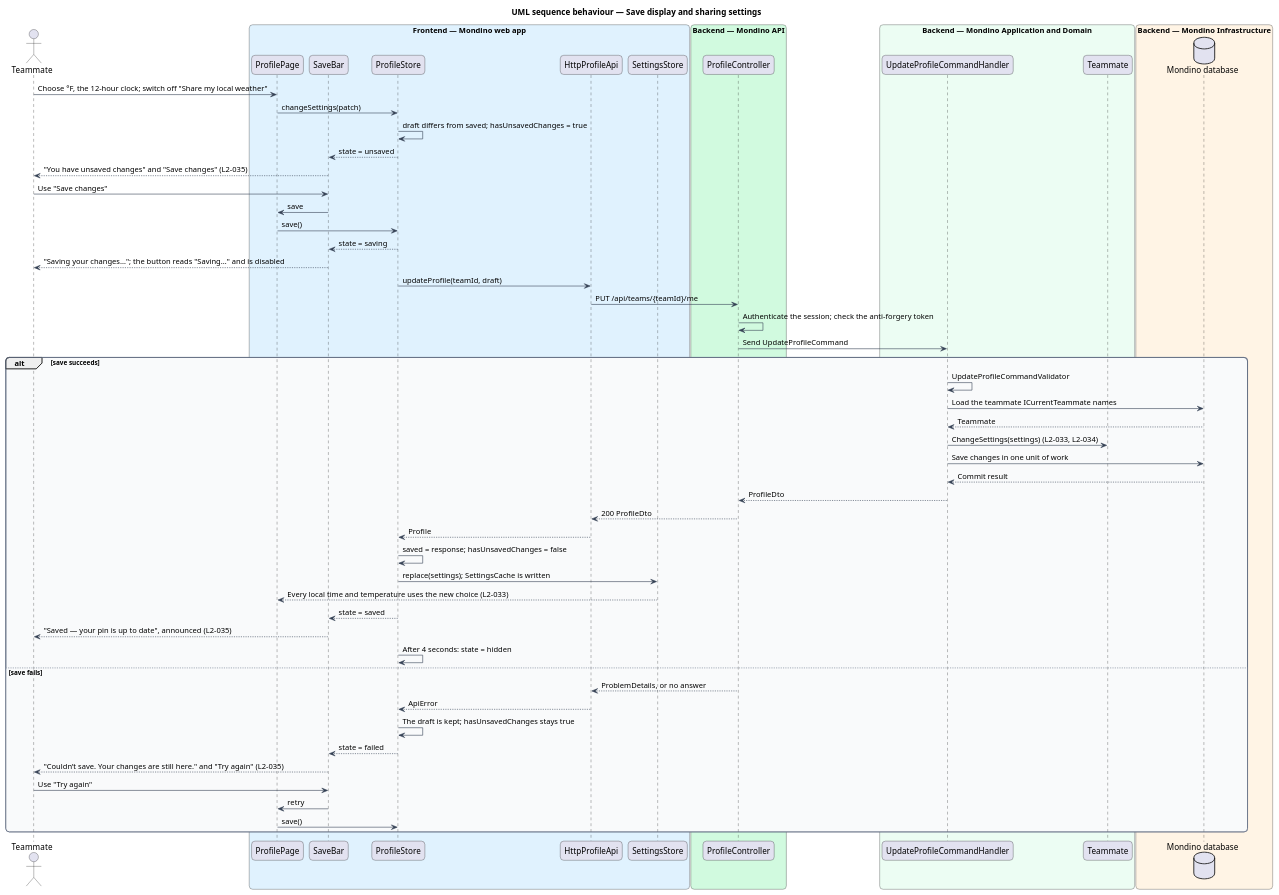
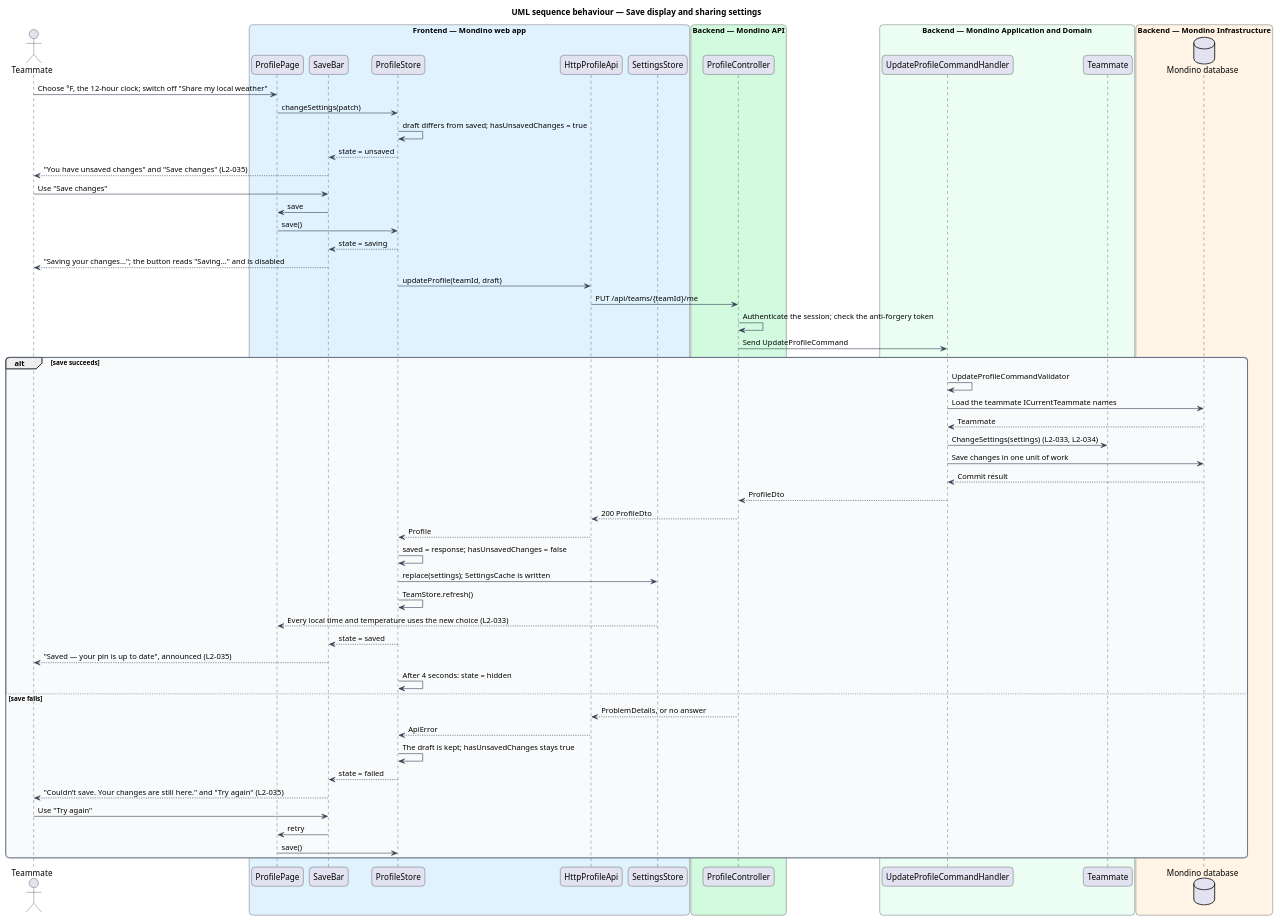
Before and after one commit to QuinntyneBrown/Mondino: the diagram in docs/detailed-designs/profile/choose-display-and-sharing/diagrams/sequence-save-settings.puml, drawn with PlantUML. The commit also changed 12 other files, not shown here.

First line of the commit message:
Close the gaps a reader of the daily-use flow found: eighth pass

```diff
--- a/docs/detailed-designs/profile/choose-display-and-sharing/diagrams/sequence-save-settings.puml
+++ b/docs/detailed-designs/profile/choose-display-and-sharing/diagrams/sequence-save-settings.puml
@@ -1,75 +1,76 @@
 @startuml
 title UML sequence behaviour — Save display and sharing settings
 skinparam backgroundColor #FFFFFF
 skinparam shadowing false
 skinparam roundcorner 12
 skinparam defaultFontName Arial
 skinparam ArrowColor #344054
 skinparam rectangle {
   BorderColor #344054
   FontColor #101828
 }
 skinparam package {
   BorderColor #667085
   FontColor #101828
   BackgroundColor #F9FAFB
 }
 actor "Teammate" as actor
 box "Frontend — Mondino web app" #E0F2FE
   participant "ProfilePage" as page
   participant "SaveBar" as bar
   participant "ProfileStore" as store
   participant "HttpProfileApi" as client
   participant "SettingsStore" as settings
 end box
 box "Backend — Mondino API" #D1FADF
   participant "ProfileController" as controller
 end box
 box "Backend — Mondino Application and Domain" #ECFDF3
   participant "UpdateProfileCommandHandler" as handler
   participant "Teammate" as entity
 end box
 box "Backend — Mondino Infrastructure" #FFF4E5
   database "Mondino database" as db
 end box
 actor -> page : Choose °F, the 12-hour clock; switch off "Share my local weather"
 page -> store : changeSettings(patch)
 store -> store : draft differs from saved; hasUnsavedChanges = true
 store --> bar : state = unsaved
 bar --> actor : "You have unsaved changes" and "Save changes" (L2-035)
 actor -> bar : Use "Save changes"
 bar -> page : save
 page -> store : save()
 store --> bar : state = saving
 bar --> actor : "Saving your changes…"; the button reads "Saving…" and is disabled
 store -> client : updateProfile(teamId, draft)
 client -> controller : PUT /api/teams/{teamId}/me
 controller -> controller : Authenticate the session; check the anti-forgery token
 controller -> handler : Send UpdateProfileCommand
 alt save succeeds
   handler -> handler : UpdateProfileCommandValidator
   handler -> db : Load the teammate ICurrentTeammate names
   db --> handler : Teammate
   handler -> entity : ChangeSettings(settings) (L2-033, L2-034)
   handler -> db : Save changes in one unit of work
   db --> handler : Commit result
   handler --> controller : ProfileDto
   controller --> client : 200 ProfileDto
   client --> store : Profile
   store -> store : saved = response; hasUnsavedChanges = false
   store -> settings : replace(settings); SettingsCache is written
+  store -> store : TeamStore.refresh()
   settings --> page : Every local time and temperature uses the new choice (L2-033)
   store --> bar : state = saved
   bar --> actor : "Saved — your pin is up to date", announced (L2-035)
   store -> store : After 4 seconds: state = hidden
 else save fails
   controller --> client : ProblemDetails, or no answer
   client --> store : ApiError
   store -> store : The draft is kept; hasUnsavedChanges stays true
   store --> bar : state = failed
   bar --> actor : "Couldn’t save. Your changes are still here." and "Try again" (L2-035)
   actor -> bar : Use "Try again"
   bar -> page : retry
   page -> store : save()
 end
 @enduml
```
